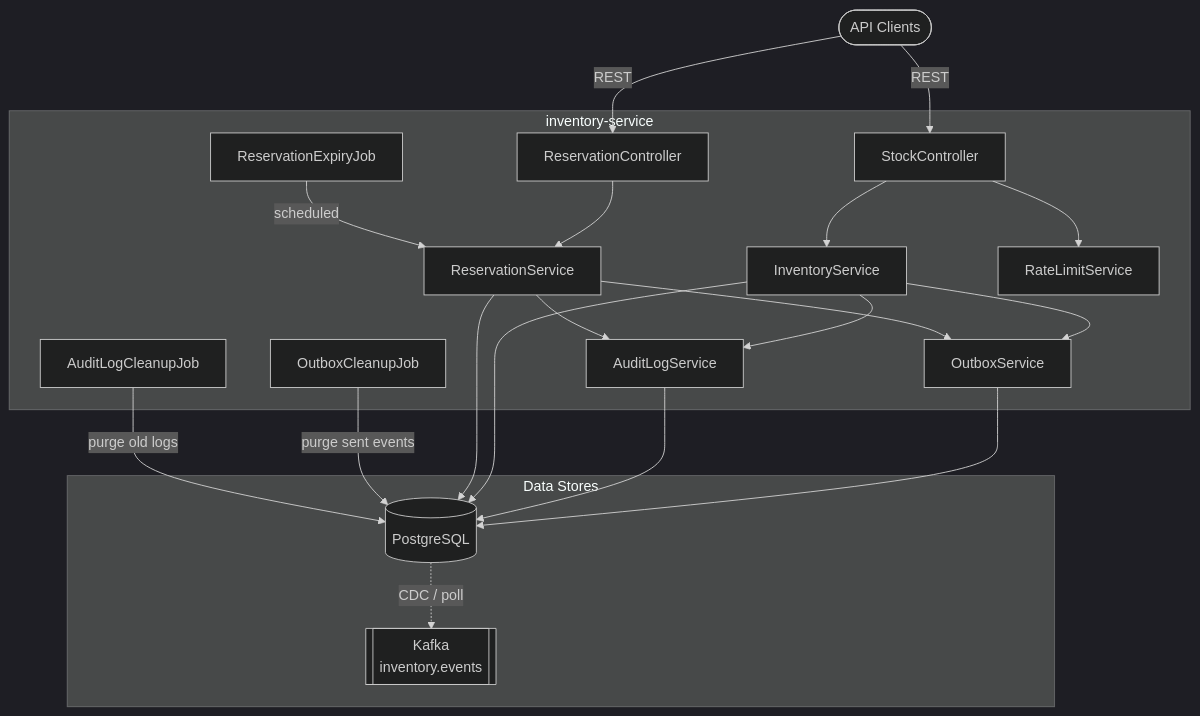
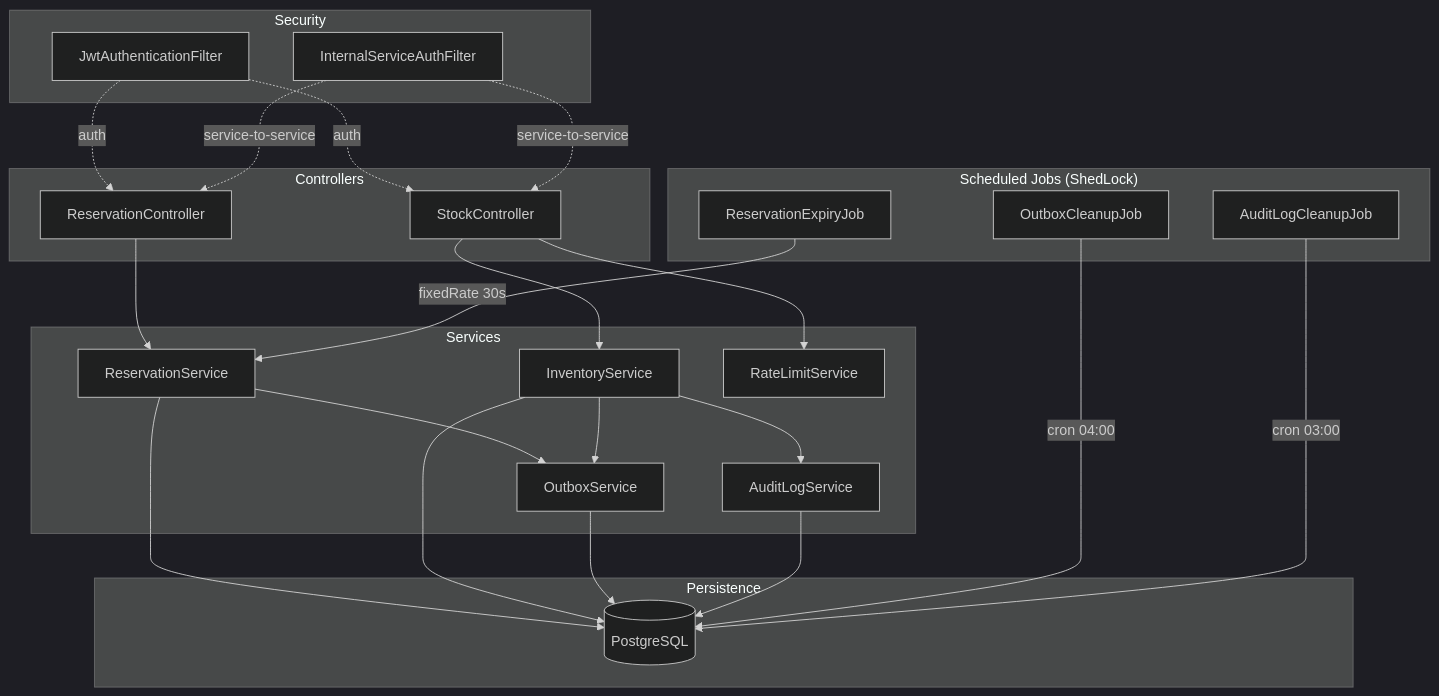
One commit to sunitakeazycommerz-a11y/InstaCommerce changed the second of 8 diagrams in services/inventory-service/README.md. Above: the diagram before and after it, drawn with Mermaid (dark theme). The commit also changed other lines of this file and 554 other files, not shown here.

````diff
--- a/services/inventory-service/README.md
+++ b/services/inventory-service/README.md
@@ -25,40 +132,48 @@
 ```mermaid
 graph TB
-    Client([API Clients])
-
-    subgraph inventory-service
+    subgraph Controllers
         RC[ReservationController]
         SC[StockController]
+    end
+
+    subgraph Services
         RS[ReservationService]
         IS[InventoryService]
-        RLS[RateLimitService]
         OBS[OutboxService]
         ALS[AuditLogService]
+        RLS[RateLimitService]
+    end
+
+    subgraph "Scheduled Jobs (ShedLock)"
         REJ[ReservationExpiryJob]
         OCJ[OutboxCleanupJob]
         ACJ[AuditLogCleanupJob]
     end
 
-    subgraph Data Stores
-        PG[(PostgreSQL)]
-        KF[[Kafka<br/>inventory.events]]
+    subgraph Security
+        JWT[JwtAuthenticationFilter]
+        ISA[InternalServiceAuthFilter]
     end
 
-    Client -->|REST| RC
-    Client -->|REST| SC
+    subgraph Persistence
+        PG[(PostgreSQL)]
+    end
+
+    RC --> RS
     SC --> RLS
     SC --> IS
-    RC --> RS
+    RS --> OBS
+    RS --> PG
     IS --> OBS
     IS --> ALS
-    RS --> OBS
-    RS --> ALS
-    REJ -->|scheduled| RS
+    IS --> PG
     OBS --> PG
     ALS --> PG
-    IS --> PG
-    RS --> PG
-    OCJ -->|purge sent events| PG
-    ACJ -->|purge old logs| PG
-    PG -.->|CDC / poll| KF
+    REJ -->|fixedRate 30s| RS
+    OCJ -->|cron 04:00| PG
+    ACJ -->|cron 03:00| PG
+    JWT -.->|auth| RC
+    JWT -.->|auth| SC
+    ISA -.->|service-to-service| RC
+    ISA -.->|service-to-service| SC
 ```
````
